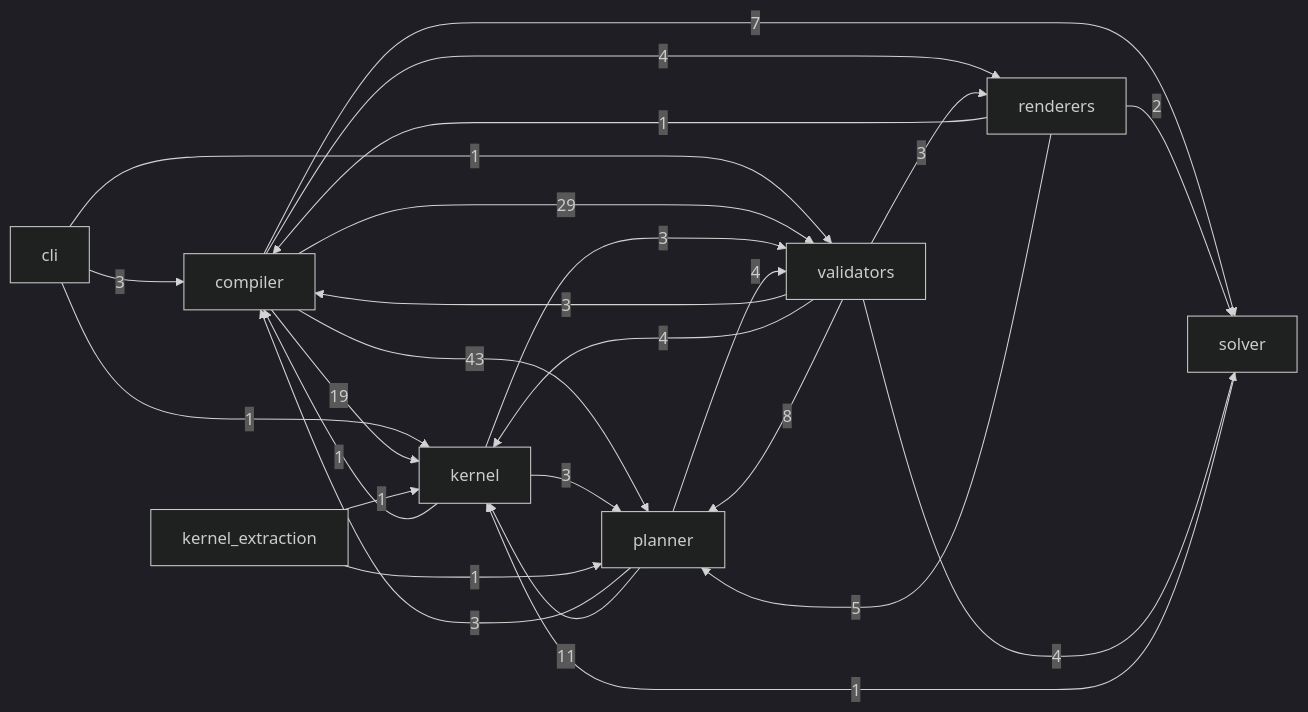
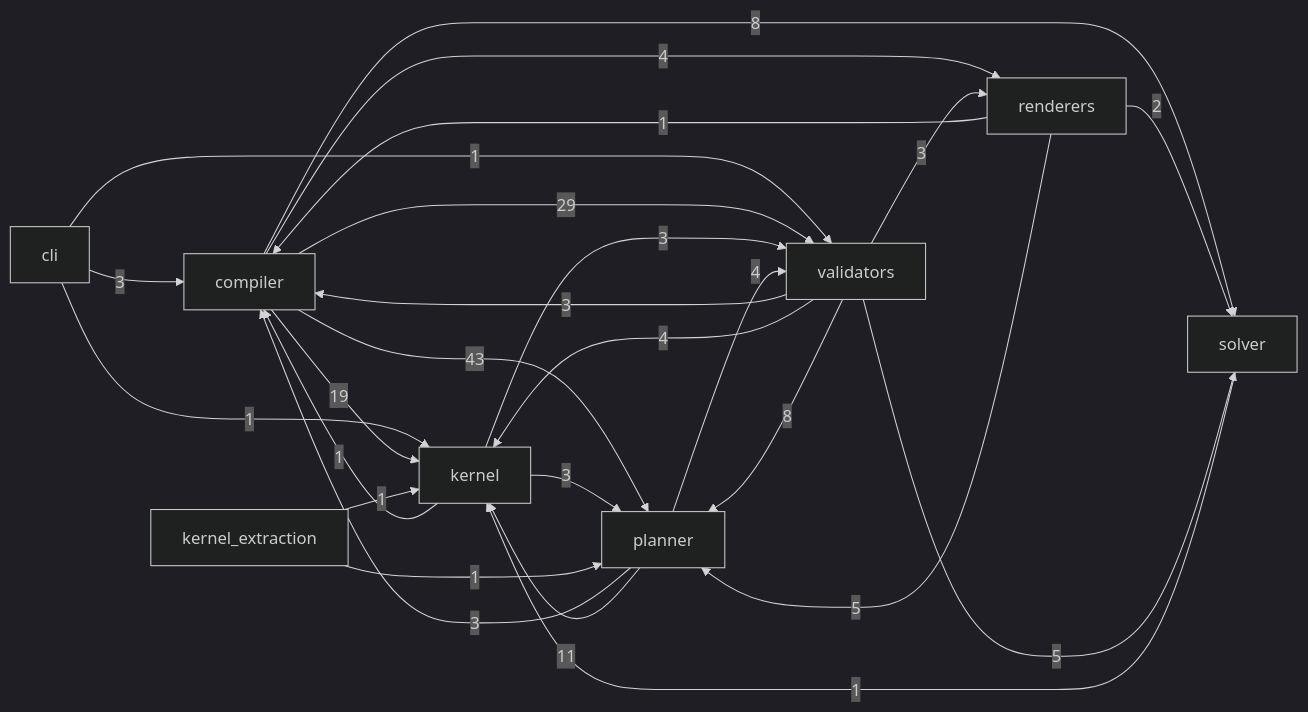
Before and after one commit to Kingsley-Cyber/cinematic-compiler-core: the diagram in docs/reference/code.md, drawn with Mermaid (dark theme). The commit also changed other lines of this file and 53 other files, not shown here.

````diff
--- a/docs/reference/code.md
+++ b/docs/reference/code.md
@@ -15,28 +15,28 @@
 ```mermaid
 flowchart LR
   cli -->|3| compiler
   cli -->|1| kernel
   cli -->|1| validators
   compiler -->|19| kernel
   compiler -->|43| planner
   compiler -->|4| renderers
-  compiler -->|7| solver
+  compiler -->|8| solver
   compiler -->|29| validators
   kernel -->|1| compiler
   kernel -->|3| planner
   kernel -->|3| validators
   kernel_extraction -->|1| kernel
   kernel_extraction -->|1| planner
   planner -->|3| compiler
   planner -->|11| kernel
   planner -->|4| validators
   renderers -->|1| compiler
   renderers -->|5| planner
   renderers -->|2| solver
   solver -->|1| kernel
   validators -->|3| compiler
   validators -->|4| kernel
   validators -->|8| planner
   validators -->|3| renderers
-  validators -->|4| solver
+  validators -->|5| solver
 ```
````
